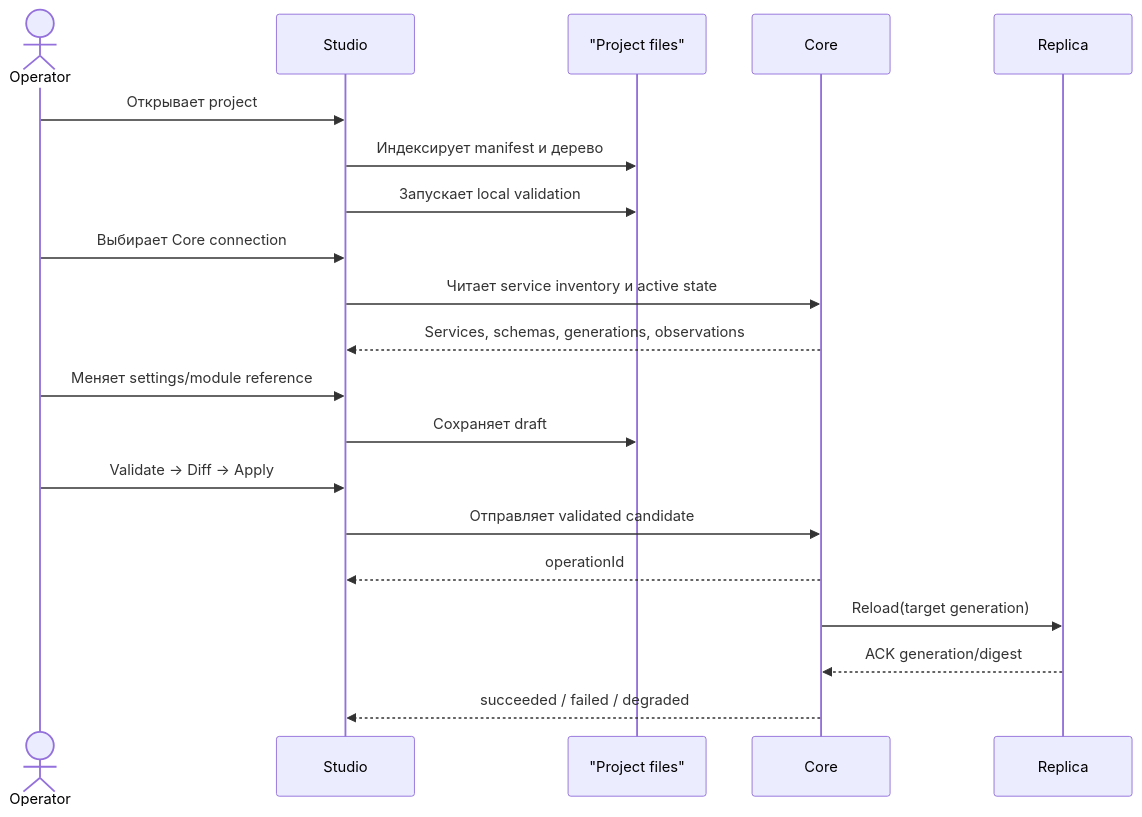
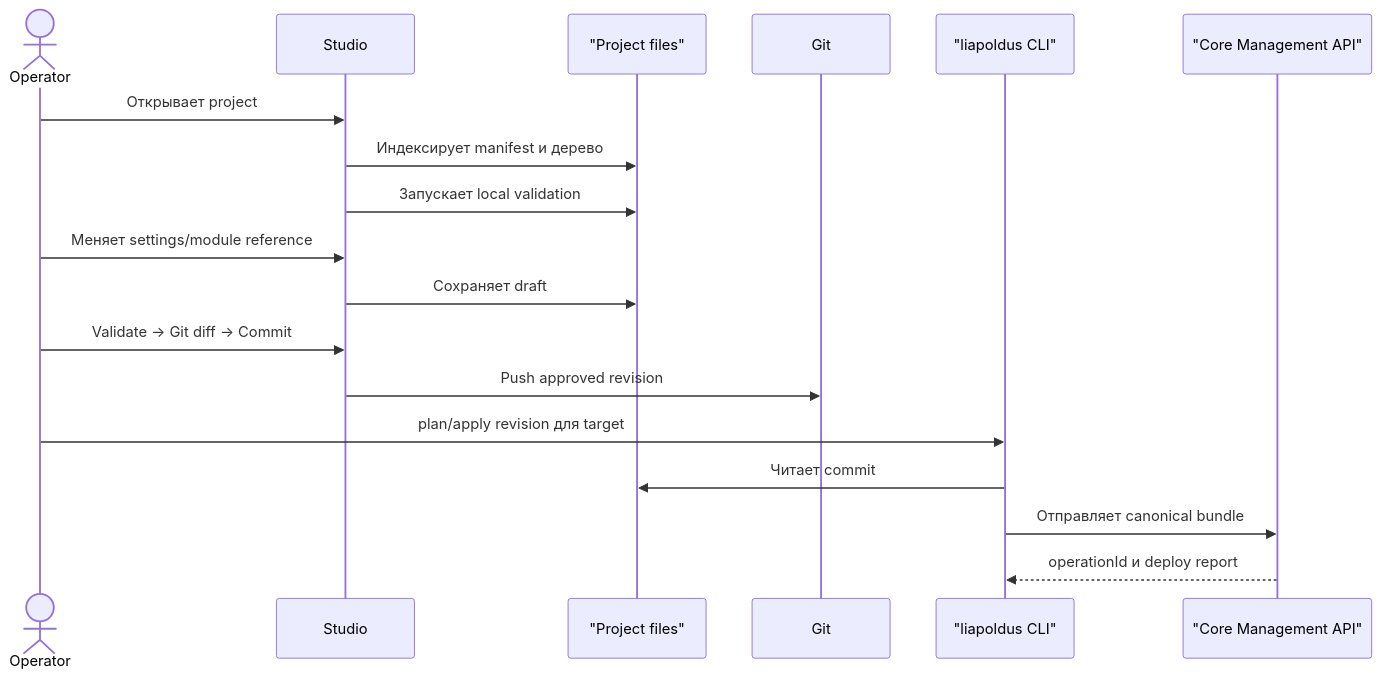
One commit to Liapoldus/studio changed the diagram in docs/project-and-files.md. Above: the diagram before and after it, drawn with Mermaid. The commit also changed other lines of this file and 6 other files, not shown here.

Commit message:
docs: отделить Studio от Core через CLI

````diff
--- a/docs/project-and-files.md
+++ b/docs/project-and-files.md
@@ -110,23 +113,21 @@
 ```mermaid
 sequenceDiagram
     actor Operator
     participant Studio
     participant Files as "Project files"
-    participant Core
-    participant Replica
+    participant Git
+    participant CLI as "liapoldus CLI"
+    participant CoreAPI as "Core Management API"
 
     Operator->>Studio: Открывает project
     Studio->>Files: Индексирует manifest и дерево
     Studio->>Files: Запускает local validation
-    Operator->>Studio: Выбирает Core connection
-    Studio->>Core: Читает service inventory и active state
-    Core-->>Studio: Services, schemas, generations, observations
     Operator->>Studio: Меняет settings/module reference
     Studio->>Files: Сохраняет draft
-    Operator->>Studio: Validate → Diff → Apply
-    Studio->>Core: Отправляет validated candidate
-    Core-->>Studio: operationId
-    Core->>Replica: Reload(target generation)
-    Replica-->>Core: ACK generation/digest
-    Core-->>Studio: succeeded / failed / degraded
+    Operator->>Studio: Validate → Git diff → Commit
+    Studio->>Git: Push approved revision
+    Operator->>CLI: plan/apply revision для target
+    CLI->>Files: Читает commit
+    CLI->>CoreAPI: Отправляет canonical bundle
+    CoreAPI-->>CLI: operationId и deploy report
 ```
````
